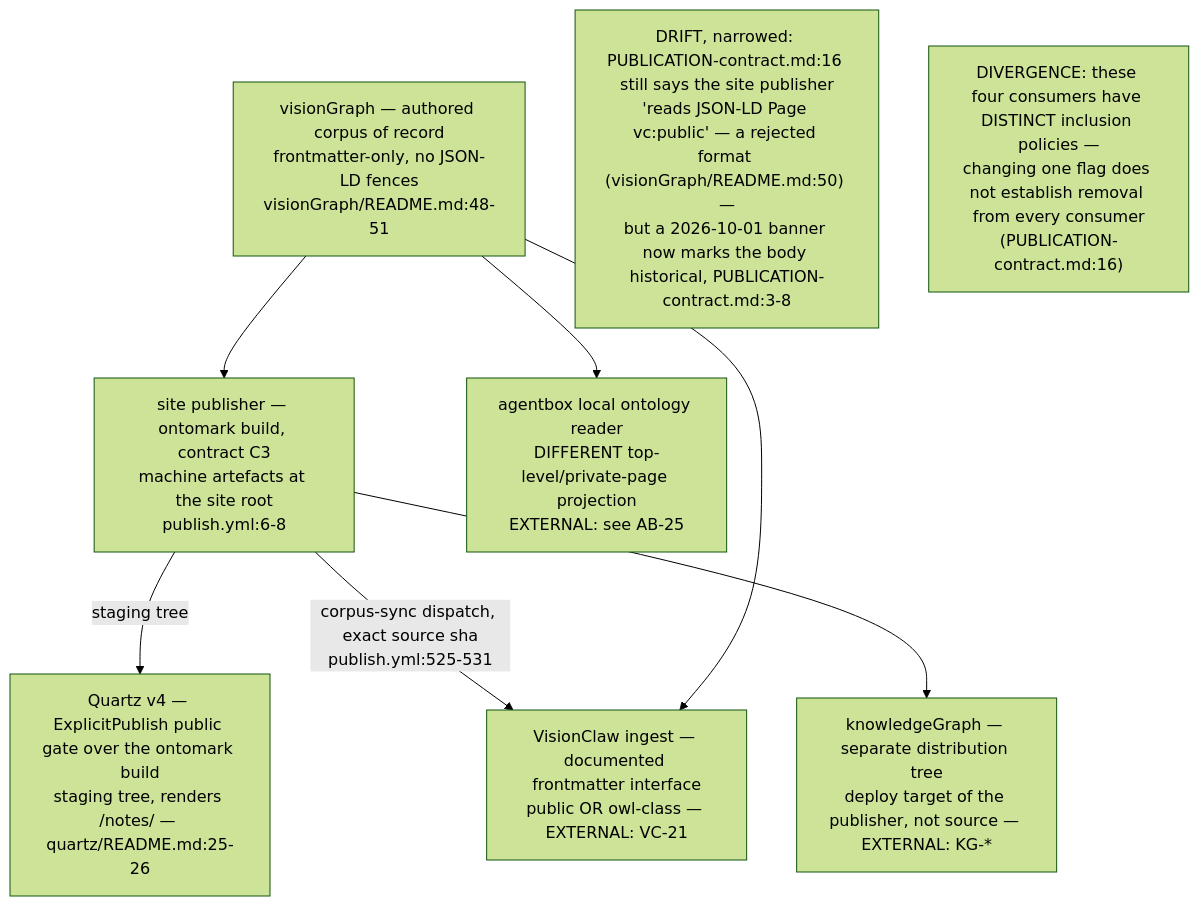
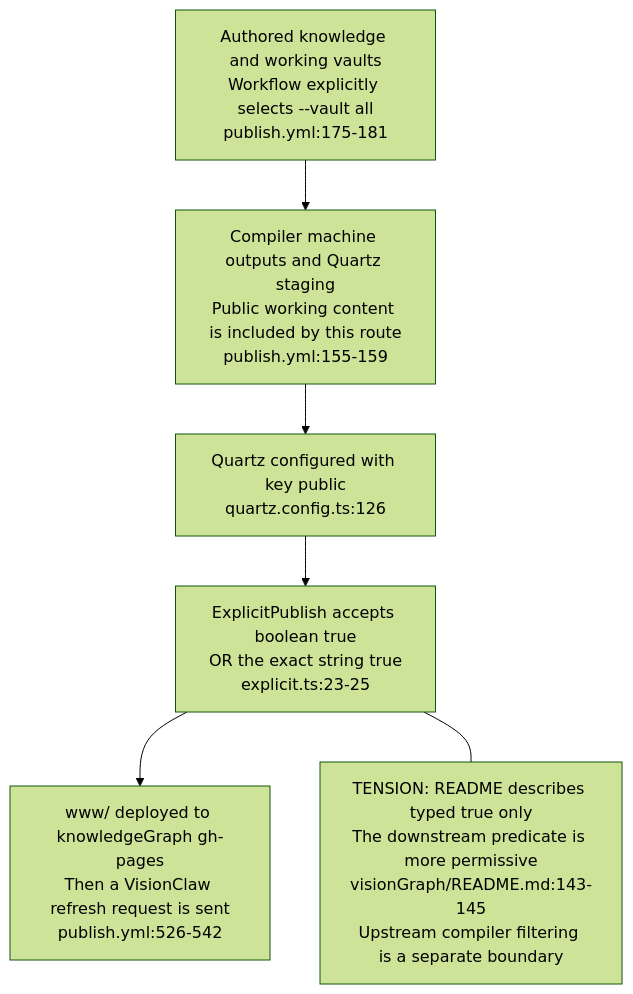
One commit to DreamLab-AI/VisionFlow changed the second of 6 diagrams in docs/diagrams/visiongraph/01-vault-structure-and-contract.md. Above: the diagram before and after it, drawn with Mermaid (forest theme). The commit also changed other lines of this file and 16 other files, not shown here.

Commit message:
docs: audit visionGraph vault and domain gate contracts

````diff
--- a/docs/diagrams/visiongraph/01-vault-structure-and-contract.md
+++ b/docs/diagrams/visiongraph/01-vault-structure-and-contract.md
@@ -71,17 +59,11 @@
 ```mermaid
 flowchart TB
-    SRC["visionGraph — authored corpus of record<br/>frontmatter-only, no JSON-LD fences<br/>visionGraph/README.md:48-51"]
-    SITE["site publisher — ontomark build, contract C3<br/>machine artefacts at the site root<br/>publish.yml:6-8"]
-    QRTZ["Quartz v4 — ExplicitPublish public gate over the ontomark build<br/>staging tree, renders #47;notes#47; — quartz/README.md:25-26"]
-    VC["VisionClaw ingest — documented frontmatter interface<br/>public OR owl-class — EXTERNAL: VC-21"]
-    AB["agentbox local ontology reader<br/>DIFFERENT top-level/private-page projection<br/>EXTERNAL: see AB-25"]
-    KG["knowledgeGraph — separate distribution tree<br/>deploy target of the publisher, not source — EXTERNAL: KG-*"]
-    SRC --> SITE
-    SITE -->|"staging tree"| QRTZ
-    SITE -->|"corpus-sync dispatch, exact source sha<br/>publish.yml:525-531"| VC
-    SRC --> VC
-    SRC --> AB
-    SITE --> KG
-    note1["DRIFT, narrowed: PUBLICATION-contract.md:16 still says the site publisher<br/>'reads JSON-LD Page vc:public' — a rejected format #40;visionGraph/README.md:50#41; —<br/>but a 2026-10-01 banner now marks the body historical, PUBLICATION-contract.md:3-8"]
-    note2["DIVERGENCE: these four consumers have DISTINCT inclusion policies —<br/>changing one flag does not establish removal from every consumer<br/>#40;PUBLICATION-contract.md:16#41;"]
+    SRC["Authored knowledge and working vaults<br/>Workflow explicitly selects --vault all<br/>publish.yml:175-181"]
+    STAGE["Compiler machine outputs and Quartz staging<br/>Public working content is included by this route<br/>publish.yml:155-159"]
+    QUARTZ["Quartz configured with key public<br/>quartz.config.ts:126"]
+    FILTER["ExplicitPublish accepts boolean true<br/>OR the exact string true<br/>explicit.ts:23-25"]
+    SITE["www/ deployed to knowledgeGraph gh-pages<br/>Then a VisionClaw refresh request is sent<br/>publish.yml:526-542"]
+    SRC --> STAGE --> QUARTZ --> FILTER --> SITE
+    LIMIT["TENSION: README describes typed true only<br/>The downstream predicate is more permissive<br/>visionGraph/README.md:143-145<br/>Upstream compiler filtering is a separate boundary"]
+    FILTER --- LIMIT
 ```
````
